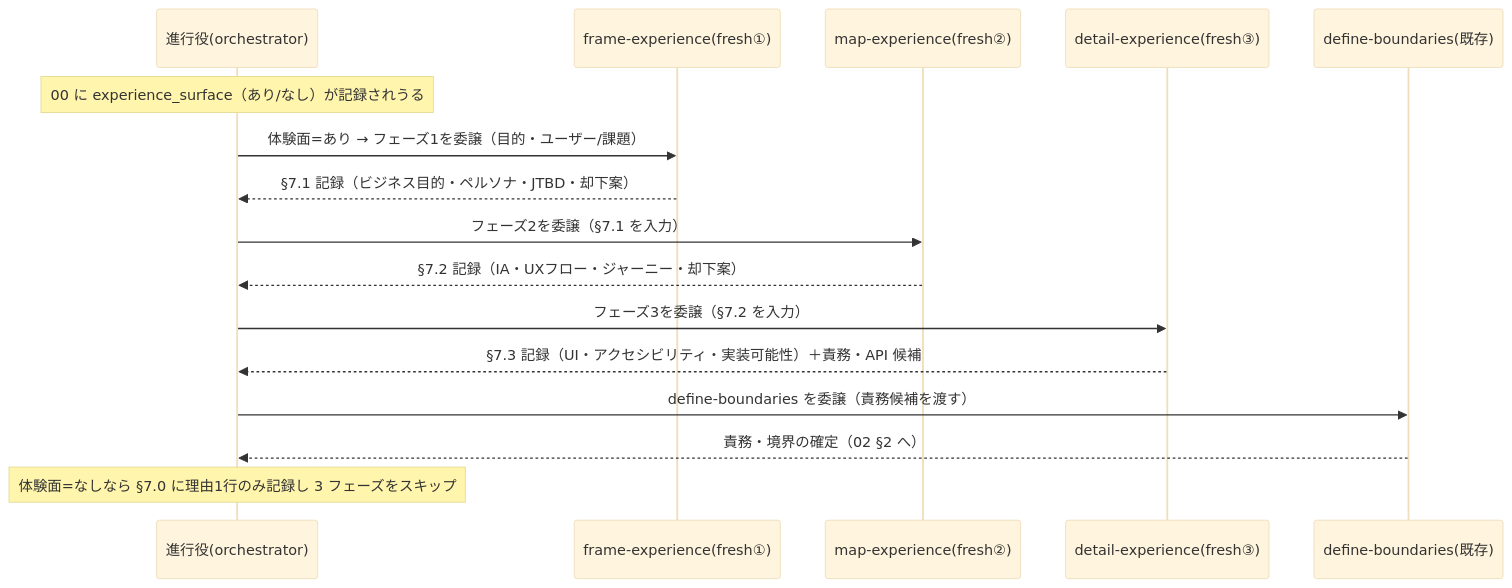
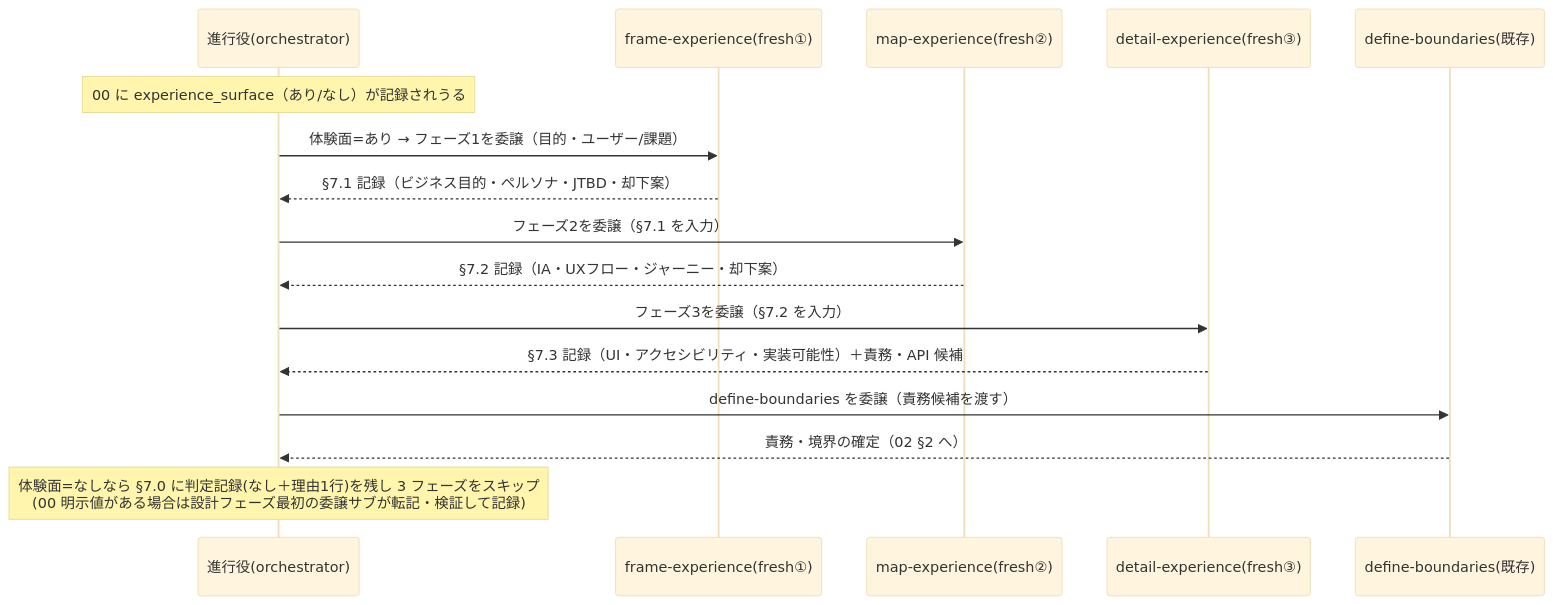
Before and after one commit to techbeansjp-free/AGENTS.md: the second of 2 diagrams in docs/maintainer/workflow/20260717_071859_デザイナー視点組込/02_設計.md, drawn with Mermaid (base theme). The commit also changed other lines of this file and 3 other files, not shown here.

````diff
--- a/docs/maintainer/workflow/20260717_071859_デザイナー視点組込/02_設計.md
+++ b/docs/maintainer/workflow/20260717_071859_デザイナー視点組込/02_設計.md
@@ -137,19 +140,19 @@
 ```mermaid
 sequenceDiagram
     participant O as 進行役(orchestrator)
     participant F as frame-experience(fresh①)
     participant M as map-experience(fresh②)
     participant D as detail-experience(fresh③)
     participant A as define-boundaries(既存)
 
     Note over O: 00 に experience_surface（あり/なし）が記録されうる
     O->>F: 体験面=あり → フェーズ1を委譲（目的・ユーザー/課題）
     F-->>O: §7.1 記録（ビジネス目的・ペルソナ・JTBD・却下案）
     O->>M: フェーズ2を委譲（§7.1 を入力）
     M-->>O: §7.2 記録（IA・UXフロー・ジャーニー・却下案）
     O->>D: フェーズ3を委譲（§7.2 を入力）
     D-->>O: §7.3 記録（UI・アクセシビリティ・実装可能性）＋責務・API 候補
     O->>A: define-boundaries を委譲（責務候補を渡す）
     A-->>O: 責務・境界の確定（02 §2 へ）
-    Note over O: 体験面=なしなら §7.0 に理由1行のみ記録し 3 フェーズをスキップ
+    Note over O: 体験面=なしなら §7.0 に判定記録(なし＋理由1行)を残し 3 フェーズをスキップ<br/>(00 明示値がある場合は設計フェーズ最初の委譲サブが転記・検証して記録)
 ```
````
